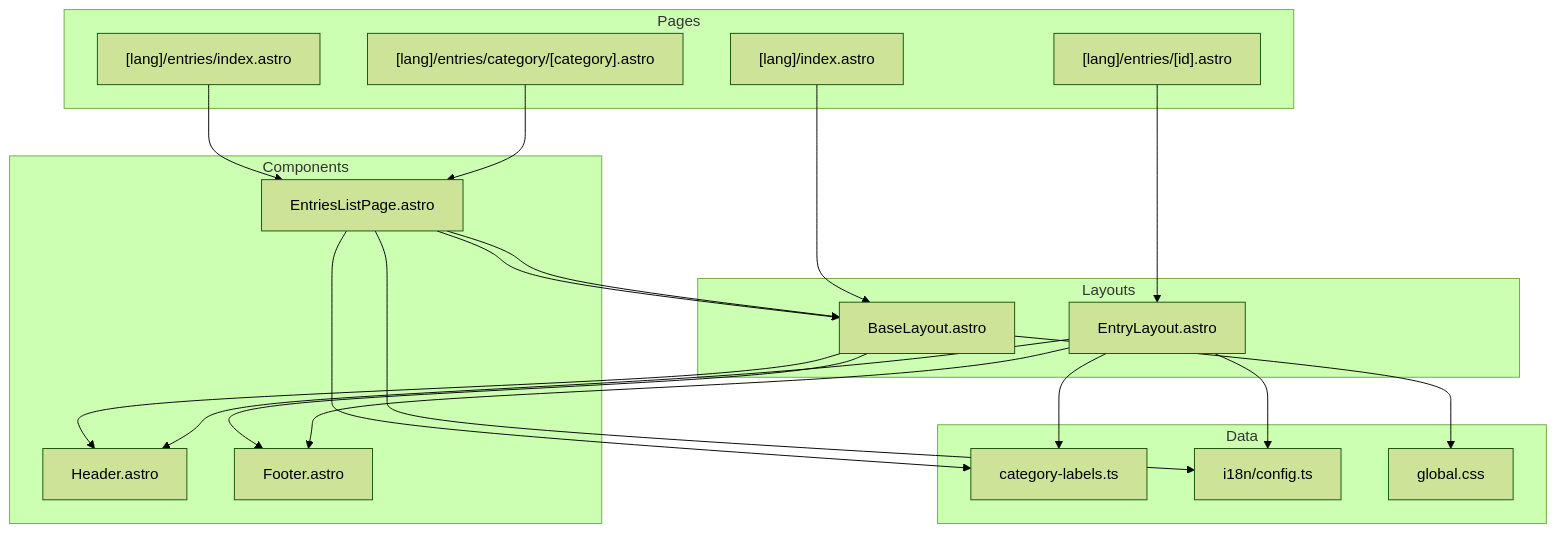
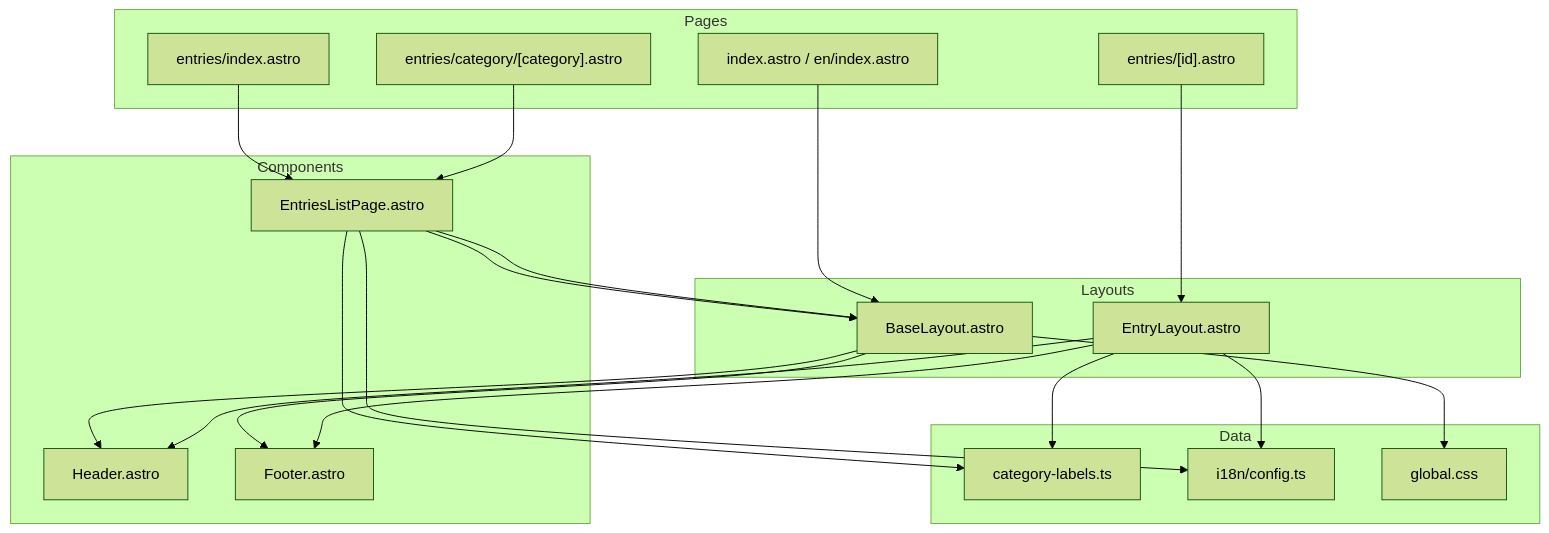
Before and after one commit to khanhhung142/mythic-pages: the diagram in doc/components.md, drawn with Mermaid (forest theme). The commit also changed other lines of this file and 26 other files, not shown here.

````diff
--- a/doc/components.md
+++ b/doc/components.md
@@ -143,43 +155,43 @@
 ```mermaid
 graph TD
     subgraph "Pages"
-        P1["[lang]/index.astro"]
-        P2["[lang]/entries/index.astro"]
-        P3["[lang]/entries/[id].astro"]
-        P4["[lang]/entries/category/[category].astro"]
+        P1["index.astro / en/index.astro"]
+        P2["entries/index.astro"]
+        P3["entries/[id].astro"]
+        P4["entries/category/[category].astro"]
     end
 
     subgraph "Layouts"
         BL["BaseLayout.astro"]
         EL["EntryLayout.astro"]
     end
 
     subgraph "Components"
         H["Header.astro"]
         F["Footer.astro"]
         ELP["EntriesListPage.astro"]
     end
 
     subgraph "Data"
         CL["category-labels.ts"]
         I18N["i18n/config.ts"]
         GC["global.css"]
     end
 
     P1 --> BL
     P2 --> ELP
     P4 --> ELP
     ELP --> BL
     P3 --> EL
 
     BL --> H
     BL --> F
     BL --> GC
     EL --> H
     EL --> F
     EL --> CL
     EL --> I18N
     ELP --> CL
     ELP --> I18N
     ELP --> BL
 ```
````
